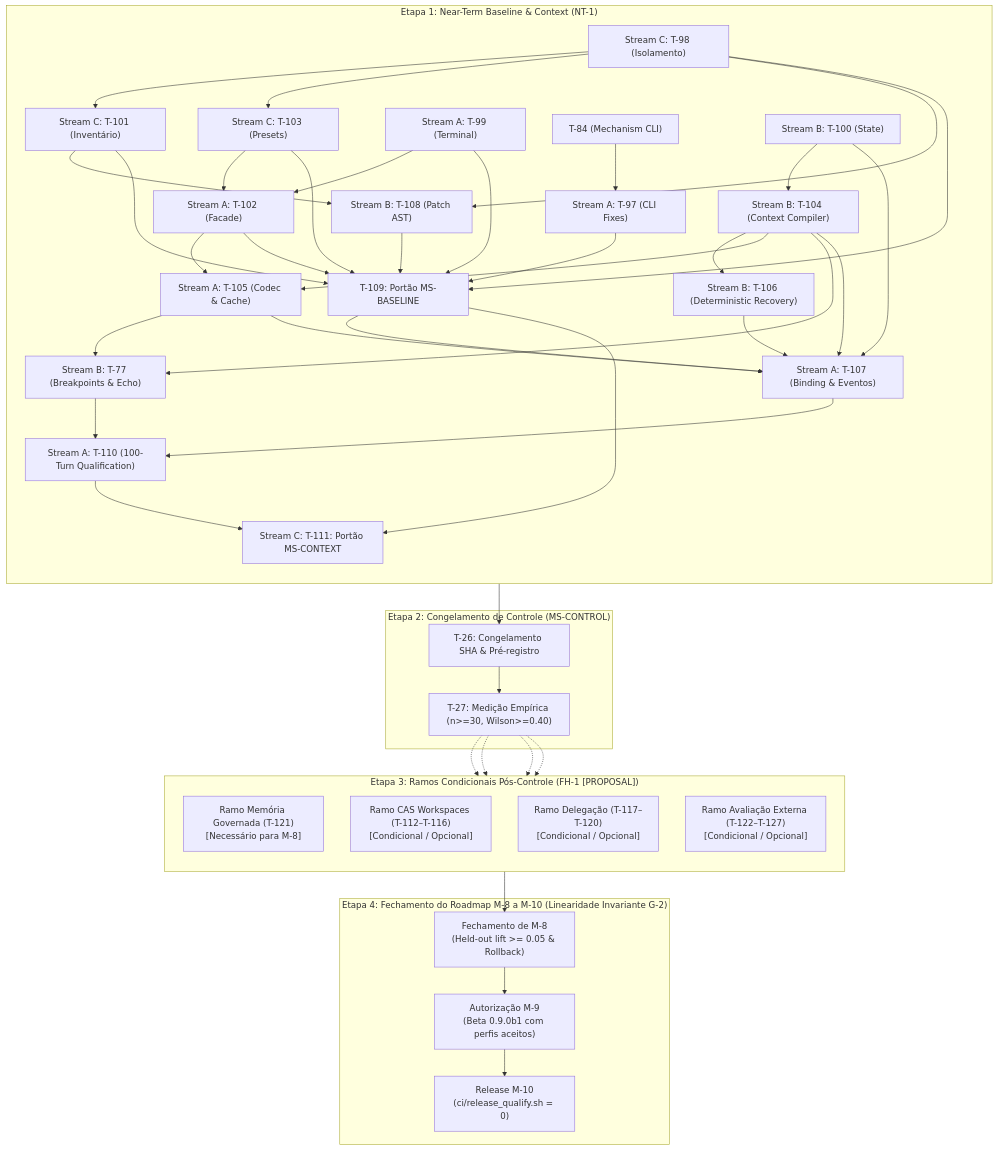
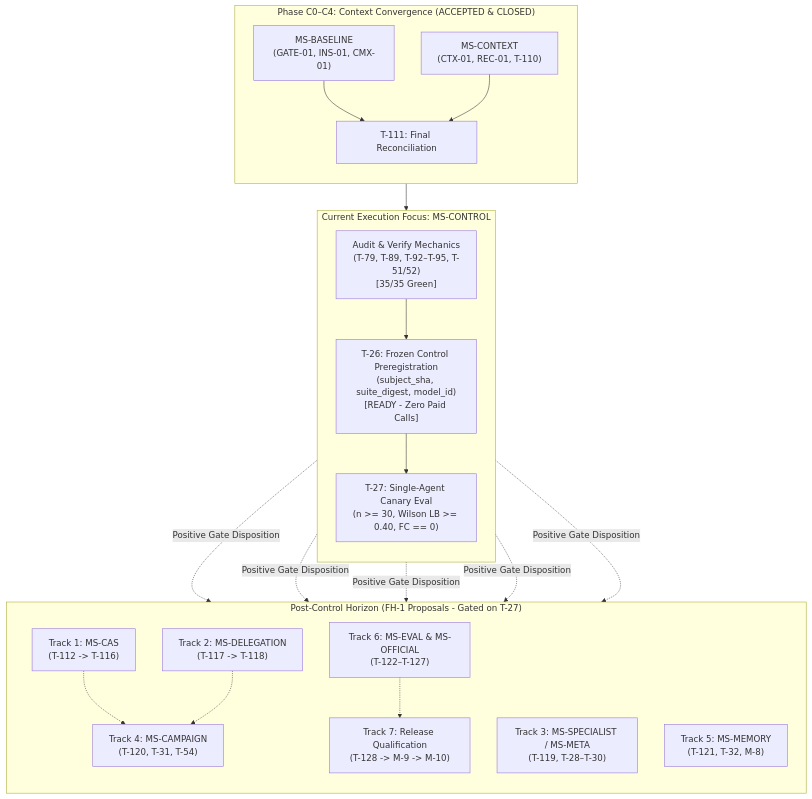
One commit to brainopensource/cognitive-framework changed the first of 2 diagrams in .draft/temp_auxiliary_table.md. Above: the diagram before and after it, drawn with Mermaid. The commit also changed other lines of this file, not shown here.

````diff
--- a/.draft/temp_auxiliary_table.md
+++ b/.draft/temp_auxiliary_table.md
@@ -67,47 +202,39 @@
 ```mermaid
 flowchart TD
-    subgraph ETAPA_1["Etapa 1: Near-Term Baseline & Context (NT-1)"]
+    subgraph CONVERGENCE["Phase C0–C4: Context Convergence (ACCEPTED & CLOSED)"]
         direction TB
-        T98["Stream C: T-98 (Isolamento)"] --> T101["Stream C: T-101 (Inventário)"]
-        T98 --> T103["Stream C: T-103 (Presets)"]
-        T98 --> T108["Stream B: T-108 (Patch AST)"]
-        T101 --> T108
-        
-        T99["Stream A: T-99 (Terminal)"] --> T102["Stream A: T-102 (Facade)"]
-        T103 --> T102
-        
-        T84["T-84 (Mechanism CLI)"] --> T97["Stream A: T-97 (CLI Fixes)"]
-        
-        T100["Stream B: T-100 (State)"] --> T104["Stream B: T-104 (Context Compiler)"]
-        T104 --> T106["Stream B: T-106 (Deterministic Recovery)"]
-        
-        T102 & T104 --> T105["Stream A: T-105 (Codec & Cache)"]
-        T104 & T105 --> T77["Stream B: T-77 (Breakpoints & Echo)"]
-        
-        T98 & T99 & T101 & T102 & T103 & T108 & T97 --> T109["T-109: Portão MS-BASELINE"]
-        
-        T100 & T104 & T105 & T106 & T109 --> T107["Stream A: T-107 (Binding & Eventos)"]
-        T107 & T77 --> T110["Stream A: T-110 (100-Turn Qualification)"]
-        
-        T109 & T110 --> T111["Stream C: T-111: Portão MS-CONTEXT"]
+        MB["MS-BASELINE\n(GATE-01, INS-01, CMX-01)"]
+        MC["MS-CONTEXT\n(CTX-01, REC-01, T-110)"]
+        MB --> T111["T-111: Final Reconciliation"]
+        MC --> T111
     end
 
-    subgraph ETAPA_2["Etapa 2: Congelamento de Controle (MS-CONTROL)"]
-        T111 --> T26["T-26: Congelamento SHA & Pré-registro"]
-        T26 --> T27["T-27: Medição Empírica (n>=30, Wilson>=0.40)"]
+    subgraph ACTIVE_GATE["Current Execution Focus: MS-CONTROL"]
+        direction TB
+        PRE["Audit & Verify Mechanics\n(T-79, T-89, T-92–T-95, T-51/52)\n[35/35 Green]"]
+        T26["T-26: Frozen Control Preregistration\n(subject_sha, suite_digest, model_id)\n[READY - Zero Paid Calls]"]
+        T27["T-27: Single-Agent Canary Eval\n(n >= 30, Wilson LB >= 0.40, FC == 0)"]
+        T111 --> PRE
+        PRE --> T26
+        T26 --> T27
     end
 
-    subgraph ETAPA_3["Etapa 3: Ramos Condicionais Pós-Controle (FH-1 [PROPOSAL])"]
+    subgraph POST_CONTROL["Post-Control Horizon (FH-1 Proposals - Gated on T-27)"]
         direction TB
-        T27 -.-> RAMO_MEM["Ramo Memória Governada (T-121)<br>[Necessário para M-8]"]
-        T27 -.-> RAMO_CAS["Ramo CAS Workspaces (T-112–T-116)<br>[Condicional / Opcional]"]
-        T27 -.-> RAMO_DEL["Ramo Delegação (T-117–T-120)<br>[Condicional / Opcional]"]
-        T27 -.-> RAMO_EVAL["Ramo Avaliação Externa (T-122–T-127)<br>[Condicional / Opcional]"]
+        CAS["Track 1: MS-CAS\n(T-112 -> T-116)"]
+        DEL["Track 2: MS-DELEGATION\n(T-117 -> T-118)"]
+        SPEC["Track 3: MS-SPECIALIST / MS-META\n(T-119, T-28–T-30)"]
+        CMP["Track 4: MS-CAMPAIGN\n(T-120, T-31, T-54)"]
+        MEM["Track 5: MS-MEMORY\n(T-121, T-32, M-8)"]
+        EVAL["Track 6: MS-EVAL & MS-OFFICIAL\n(T-122–T-127)"]
+        REL["Track 7: Release Qualification\n(T-128 -> M-9 -> M-10)"]
     end
 
-    subgraph ETAPA_4["Etapa 4: Fechamento do Roadmap M-8 a M-10 (Linearidade Invariante G-2)"]
-        RAMO_MEM --> M8["Fechamento de M-8<br>(Held-out lift >= 0.05 & Rollback)"]
-        M8 --> M9["Autorização M-9<br>(Beta 0.9.0b1 com perfis aceitos)"]
-        M9 --> M10["Release M-10<br>(ci/release_qualify.sh = 0)"]
-    end
+    T27 -.->|Positive Gate Disposition| CAS
+    T27 -.->|Positive Gate Disposition| DEL
+    T27 -.->|Positive Gate Disposition| SPEC
+    T27 -.->|Positive Gate Disposition| MEM
+    T27 -.->|Positive Gate Disposition| EVAL
+    CAS & DEL -.-> CMP
+    EVAL -.-> REL
 ```
````
